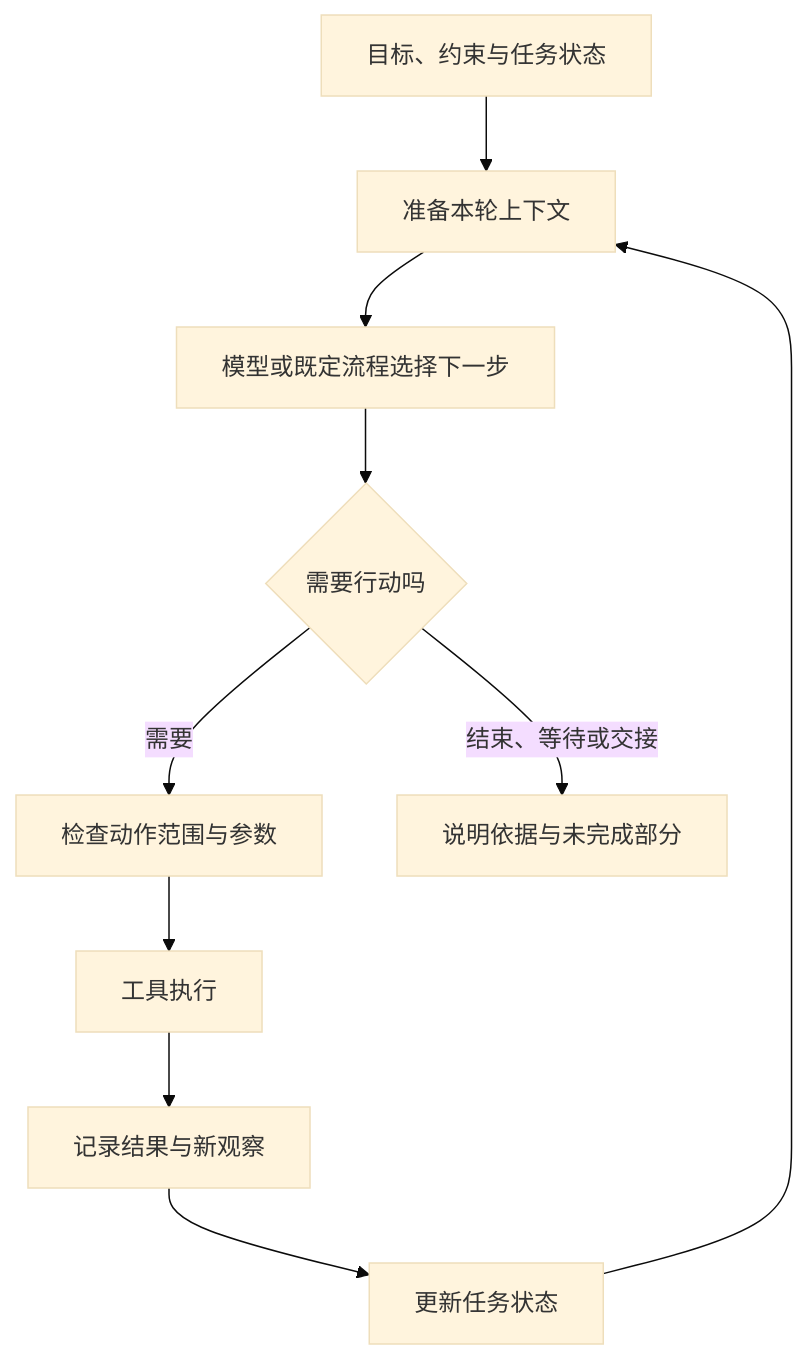
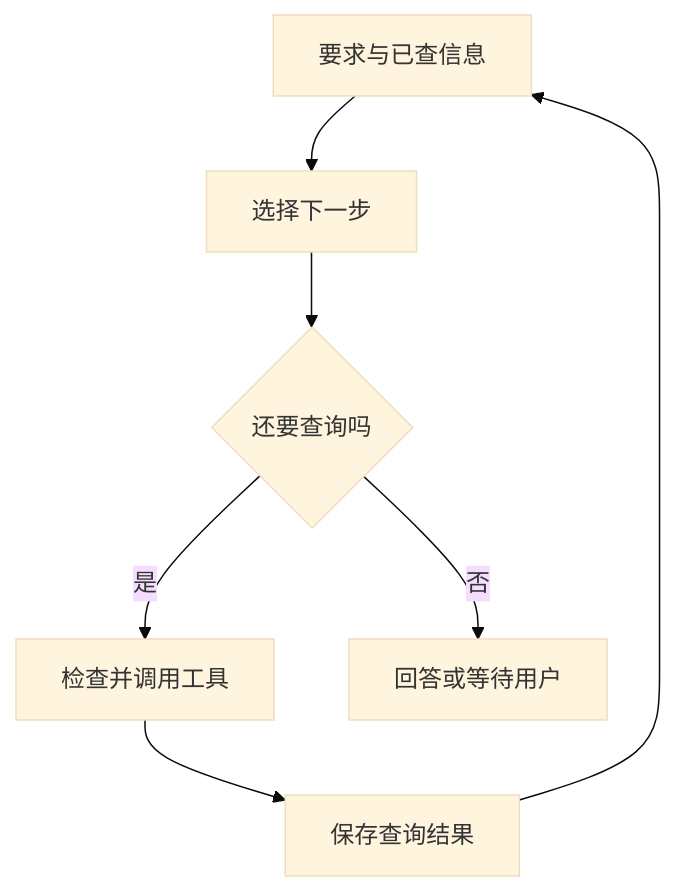
The diagram in book/02-the-agent-loop.md (Mar-garet/agent-book), drawn with Mermaid (base theme) before and after one commit. The commit also changed other lines of this file and 27 other files, not shown here.

````diff
--- a/book/02-the-agent-loop.md
+++ b/book/02-the-agent-loop.md
@@ -11,12 +11,9 @@
 ```mermaid
 flowchart TD
-    G[目标、约束与任务状态] --> C[准备本轮上下文]
-    C --> D[模型或既定流程选择下一步]
-    D --> Q{需要行动吗}
-    Q -->|需要| P[检查动作范围与参数]
-    P --> A[工具执行]
-    A --> O[记录结果与新观察]
-    O --> S[更新任务状态]
-    S --> C
-    Q -->|结束、等待或交接| R[说明依据与未完成部分]
+    A[要求与已查信息] --> B[选择下一步]
+    B --> C{还要查询吗}
+    C -->|是| D[检查并调用工具]
+    D --> E[保存查询结果]
+    E --> A
+    C -->|否| F[回答或等待用户]
 ```
````
